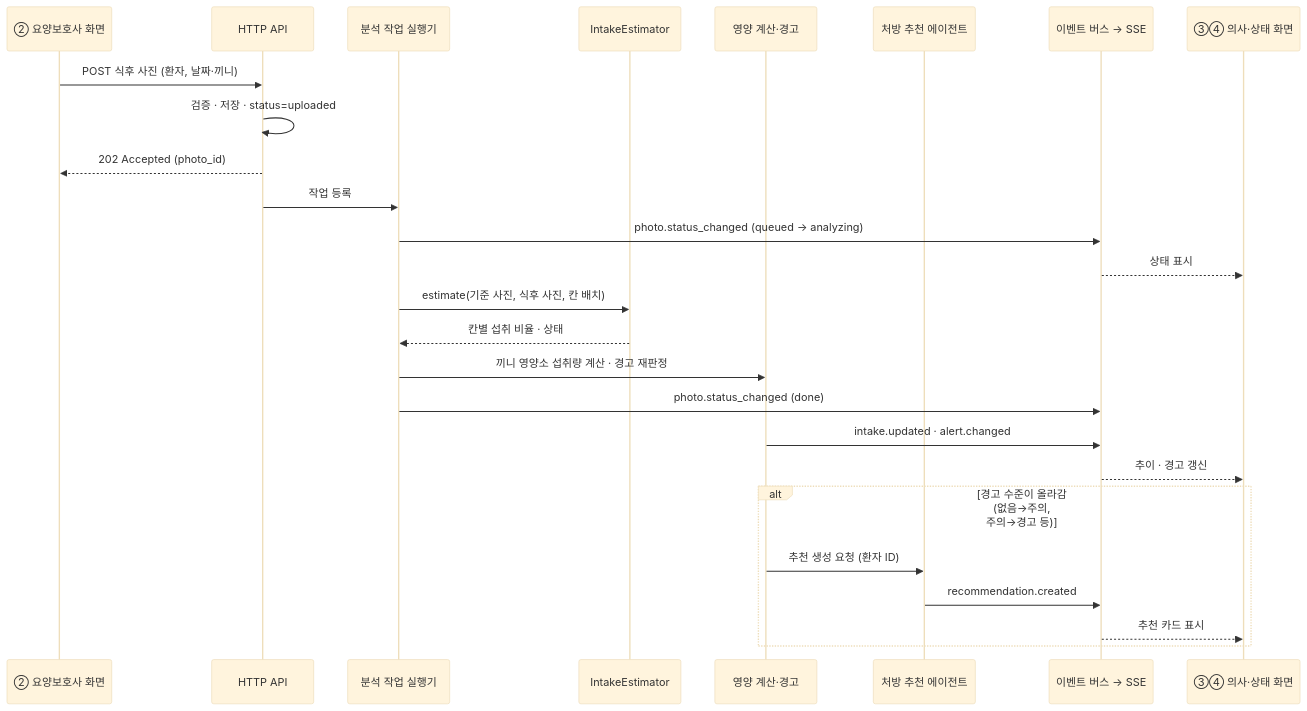
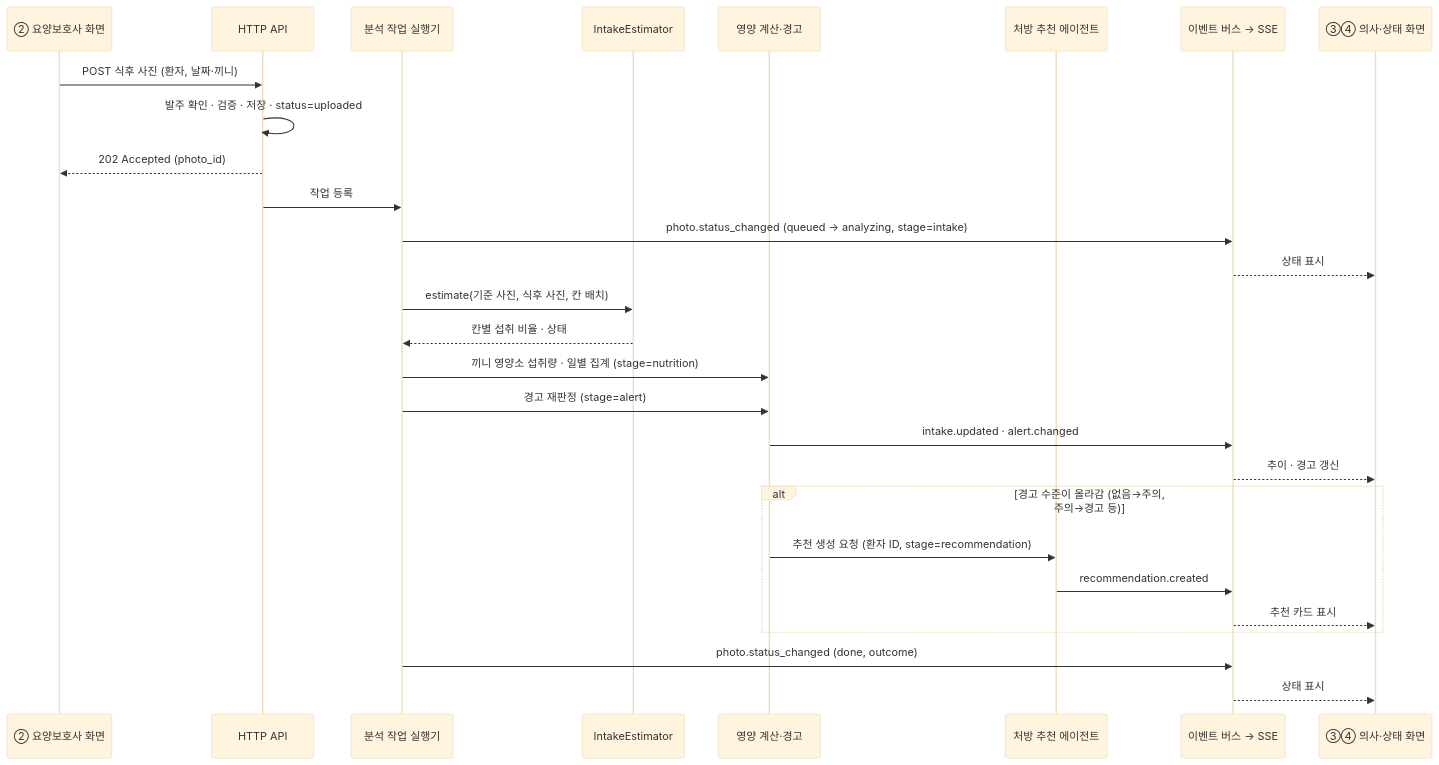
One commit to AI-SMTP/NutriSight changed the second of 3 diagrams in docs/system-architecture.md. Above: the diagram before and after it, drawn with Mermaid (base theme). The commit also changed other lines of this file and 4 other files, not shown here.

````diff
--- a/docs/system-architecture.md
+++ b/docs/system-architecture.md
@@ -95,29 +95,31 @@
 ```mermaid
 sequenceDiagram
   participant C as ② 요양보호사 화면
   participant A as HTTP API
   participant J as 분석 작업 실행기
   participant I as IntakeEstimator
   participant N as 영양 계산·경고
   participant R as 처방 추천 에이전트
   participant E as 이벤트 버스 → SSE
   participant D as ③④ 의사·상태 화면
 
   C->>A: POST 식후 사진 (환자, 날짜·끼니)
-  A->>A: 검증 · 저장 · status=uploaded
+  A->>A: 발주 확인 · 검증 · 저장 · status=uploaded
   A-->>C: 202 Accepted (photo_id)
   A->>J: 작업 등록
-  J->>E: photo.status_changed (queued → analyzing)
+  J->>E: photo.status_changed (queued → analyzing, stage=intake)
   E-->>D: 상태 표시
   J->>I: estimate(기준 사진, 식후 사진, 칸 배치)
   I-->>J: 칸별 섭취 비율 · 상태
-  J->>N: 끼니 영양소 섭취량 계산 · 경고 재판정
-  J->>E: photo.status_changed (done)
+  J->>N: 끼니 영양소 섭취량 · 일별 집계 (stage=nutrition)
+  J->>N: 경고 재판정 (stage=alert)
   N->>E: intake.updated · alert.changed
   E-->>D: 추이 · 경고 갱신
   alt 경고 수준이 올라감 (없음→주의, 주의→경고 등)
-    N->>R: 추천 생성 요청 (환자 ID)
+    N->>R: 추천 생성 요청 (환자 ID, stage=recommendation)
     R->>E: recommendation.created
     E-->>D: 추천 카드 표시
   end
+  J->>E: photo.status_changed (done, outcome)
+  E-->>D: 상태 표시
 ```
````
